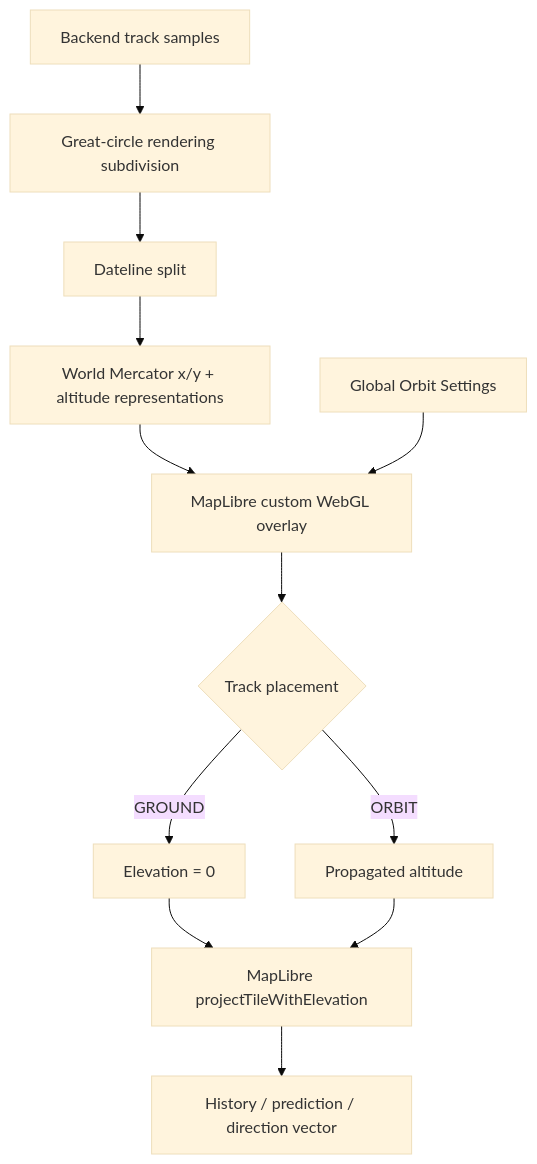
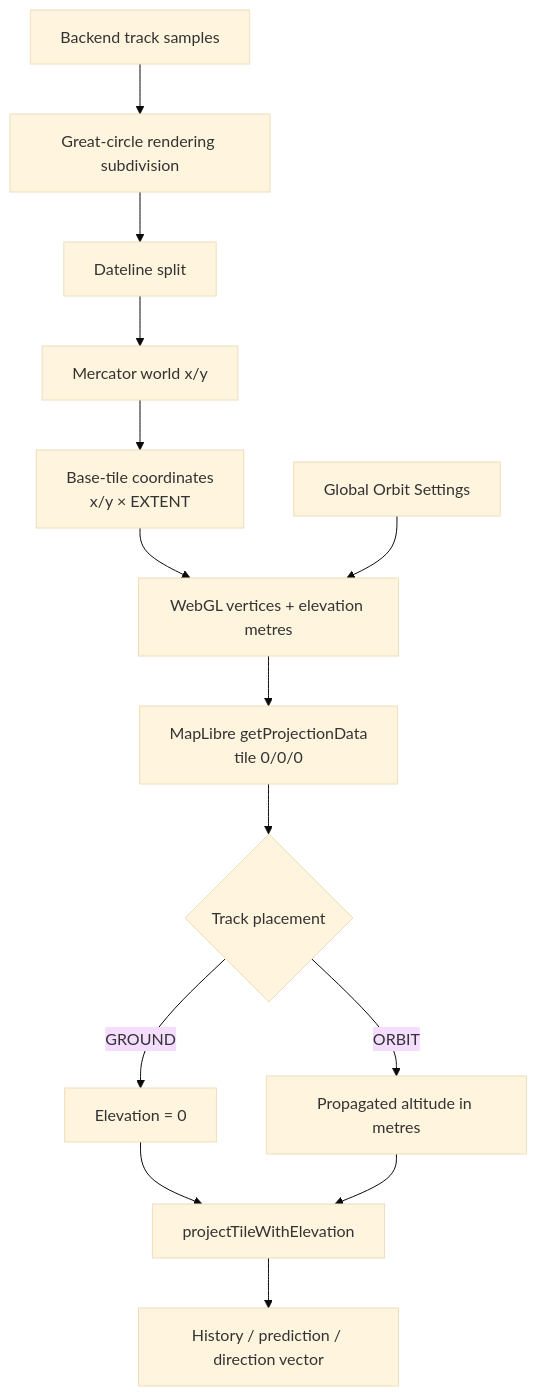
One commit to ExoSpaceLabs/world-sat-monitor changed the fourth of 9 diagrams in docs/architecture.md. Above: the diagram before and after it, drawn with Mermaid (base theme). The commit also changed other lines of this file, not shown here.

Commit message:
docs(world-sat-monitor): align architecture orbit projection

````diff
--- a/docs/architecture.md
+++ b/docs/architecture.md
@@ -53,14 +53,16 @@
 ```mermaid
 flowchart TD
     API[Backend track samples] --> SEG[Great-circle rendering subdivision]
     SEG --> SPLIT[Dateline split]
-    SPLIT --> BUF[World Mercator x/y + altitude representations]
-    BUF --> WEBGL[MapLibre custom WebGL overlay]
-    SETTINGS[Global Orbit Settings] --> WEBGL
-    WEBGL --> MODE{Track placement}
+    SPLIT --> WORLD[Mercator world x/y]
+    WORLD --> TILE[Base-tile coordinates\nx/y × EXTENT]
+    TILE --> BUF[WebGL vertices + elevation metres]
+    SETTINGS[Global Orbit Settings] --> BUF
+    BUF --> PD[MapLibre getProjectionData\ntile 0/0/0]
+    PD --> MODE{Track placement}
     MODE -->|GROUND| ZERO[Elevation = 0]
-    MODE -->|ORBIT| ALT[Propagated altitude]
-    ZERO --> PROJ[MapLibre projectTileWithElevation]
+    MODE -->|ORBIT| ALT[Propagated altitude in metres]
+    ZERO --> PROJ[projectTileWithElevation]
     ALT --> PROJ
     PROJ --> VIEW[History / prediction / direction vector]
 ```
````
